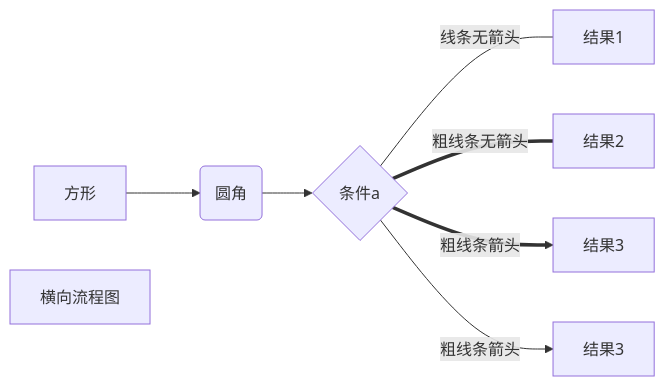
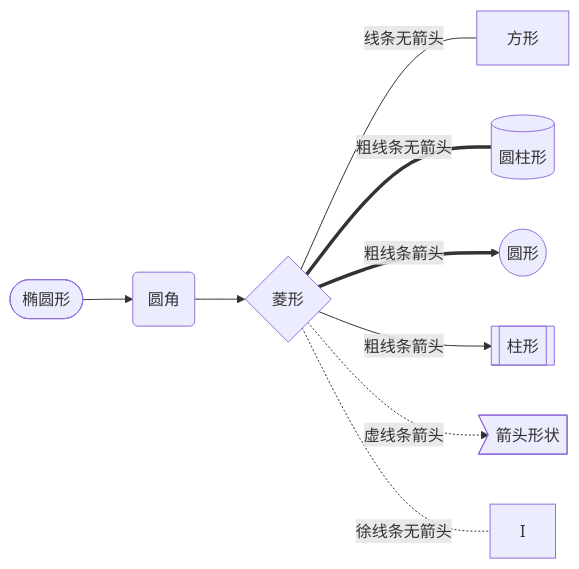
One commit to dxslin/SlinNotes changed the first of 10 diagrams in docs/help/4. Mermaid.md. Above: the diagram before and after it, drawn with Mermaid. The commit also changed other lines of this file and 2 other files, not shown here.

Commit message:
添加更多Mermaid示例图

````diff
--- a/docs/help/4. Mermaid.md
+++ b/docs/help/4. Mermaid.md
@@ -42,11 +9,12 @@
 ```mermaid
+%% LR表示从左到右布局，TB表示从上到下布局
 graph LR
-A[方形] -->B(圆角)
-    B --> C{条件a}
-    C ---|线条无箭头| D[结果1]
-    C ===|粗线条无箭头| E[结果2]
-    C ==>|粗线条箭头| F[结果3]
-    C -->|粗线条箭头| G[结果3]
-    
-    Title[横向流程图]
+A([椭圆形]) -->B(圆角)
+    B --> C{菱形}
+    C ---|线条无箭头| D[方形]
+    C ===|粗线条无箭头| E[(圆柱形)]
+    C ==>|粗线条箭头| F((圆形))
+    C -->|粗线条箭头| G[[柱形]]
+    C -.虚线条箭头.->H>箭头形状]
+    C -.徐线条无箭头.-I[I]
 ```
````
